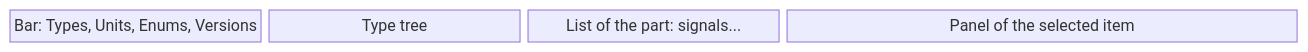
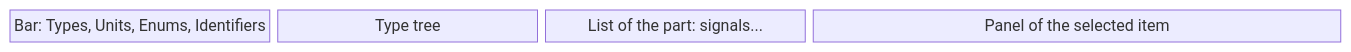
The fifth of 6 diagrams in screens/README.md (AlexandreGallais/synoptic-studio-spec), drawn with Mermaid before and after one commit. The commit also changed other lines of this file and 4 other files, not shown here.

````diff
--- a/screens/README.md
+++ b/screens/README.md
@@ -146,5 +146,5 @@
 ```mermaid
 block-beta
     columns 5
-    rail["Bar: Types, Units, Enums, Versions"] tree["Type tree"] list["List of the part: signals..."] panel["Panel of the selected item"]:2
+    rail["Bar: Types, Units, Enums, Identifiers"] tree["Type tree"] list["List of the part: signals..."] panel["Panel of the selected item"]:2
 ```
````
